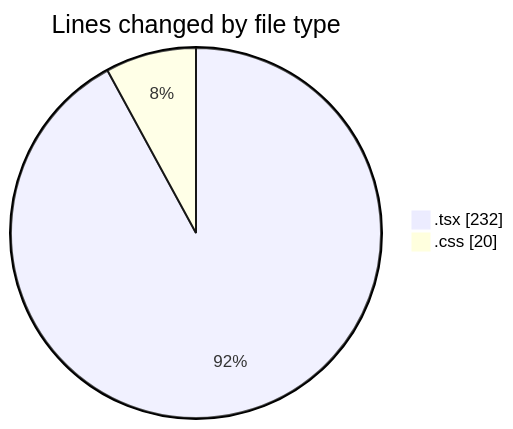
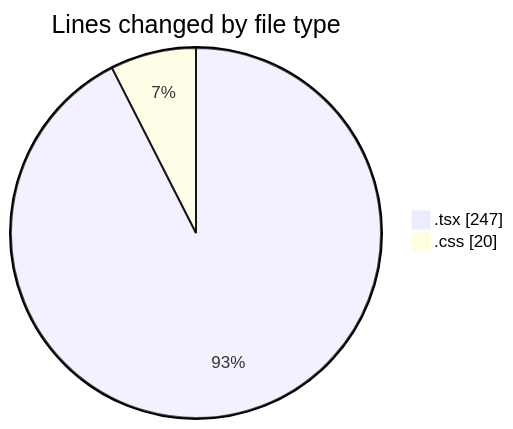
The first of 2 diagrams in 2025-02-07/mbc-web/README.md (robertbonfada/code-tracking), drawn with Mermaid before and after one commit. The commit also changed other lines of this file and 1 other file, not shown here.

````diff
--- a/2025-02-07/mbc-web/README.md
+++ b/2025-02-07/mbc-web/README.md
@@ -25,6 +25,6 @@
 ```mermaid
 pie showData
 title Lines changed by file type
-".tsx" : 232
+".tsx" : 247
 ".css" : 20
 ```
````
